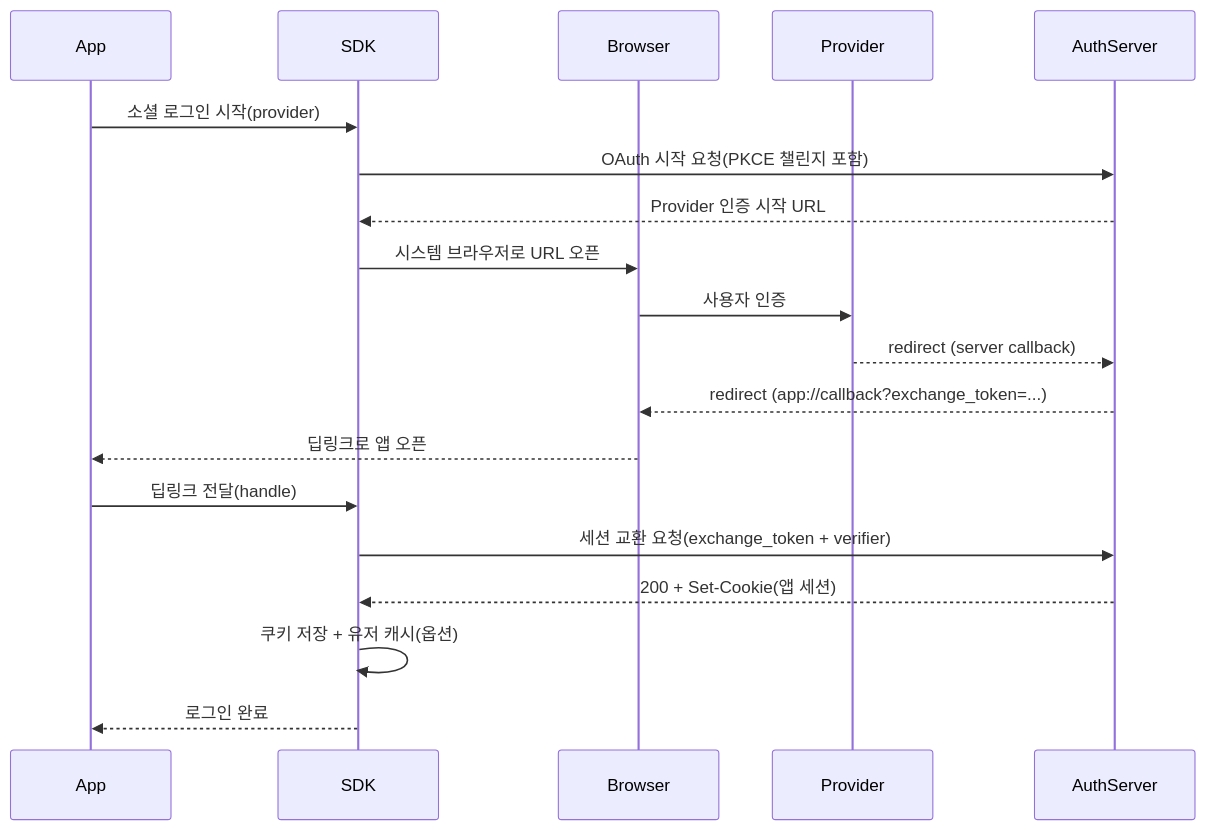
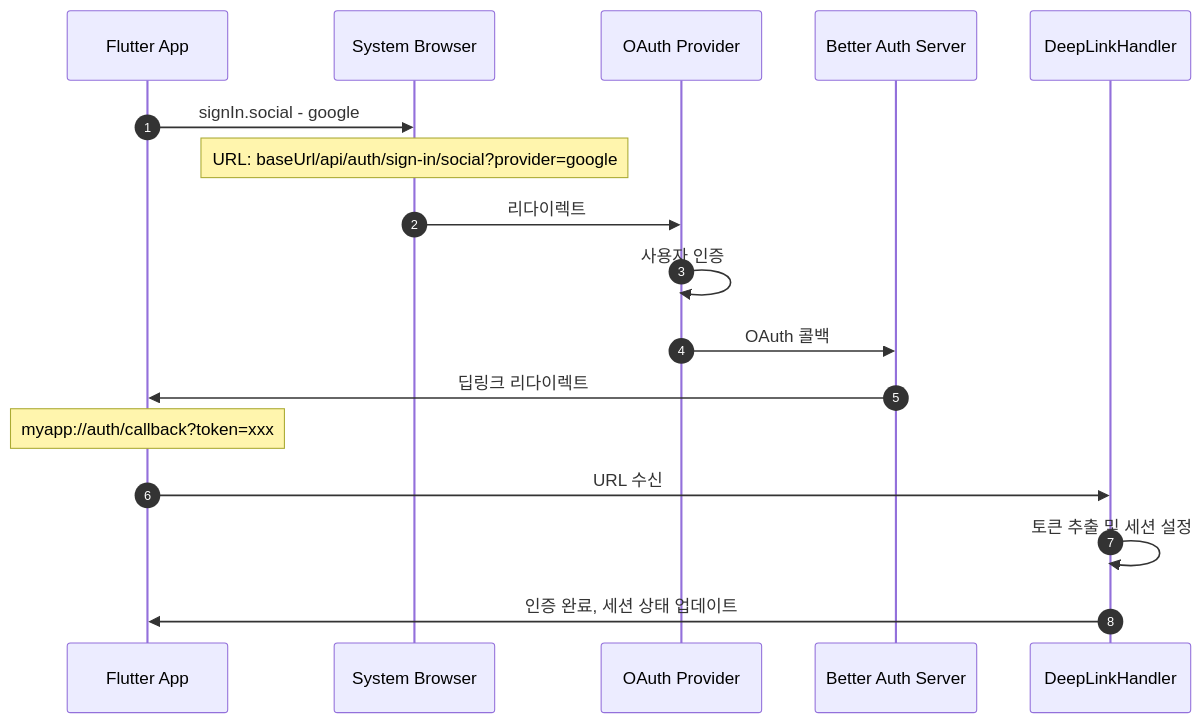
The tenth of 12 diagrams in docs/better-auth-flutter-prd.md (j-token/better-auth-flutter), drawn with Mermaid before and after one commit. The commit also changed other lines of this file, not shown here.

````diff
--- a/docs/better-auth-flutter-prd.md
+++ b/docs/better-auth-flutter-prd.md
@@ -193,22 +613,20 @@
 ```mermaid
 sequenceDiagram
-  participant App
-  participant SDK
-  participant Browser
-  participant Provider
-  participant AuthServer
+    autonumber
+    participant App as Flutter App
+    participant Browser as System Browser
+    participant OAuth as OAuth Provider
+    participant Server as Better Auth Server
+    participant Handler as DeepLinkHandler
 
-  App->>SDK: 소셜 로그인 시작(provider)
-  SDK->>AuthServer: OAuth 시작 요청(PKCE 챌린지 포함)
-  AuthServer-->>SDK: Provider 인증 시작 URL
-  SDK->>Browser: 시스템 브라우저로 URL 오픈
-  Browser->>Provider: 사용자 인증
-  Provider-->>AuthServer: redirect (server callback)
-  AuthServer-->>Browser: redirect (app://callback?exchange_token=...)
-  Browser-->>App: 딥링크로 앱 오픈
-  App->>SDK: 딥링크 전달(handle)
-  SDK->>AuthServer: 세션 교환 요청(exchange_token + verifier)
-  AuthServer-->>SDK: 200 + Set-Cookie(앱 세션)
-  SDK->>SDK: 쿠키 저장 + 유저 캐시(옵션)
-  SDK-->>App: 로그인 완료
+    App->>Browser: signIn.social - google
+    Note over Browser: URL: baseUrl/api/auth/sign-in/social?provider=google
+    Browser->>OAuth: 리다이렉트
+    OAuth->>OAuth: 사용자 인증
+    OAuth->>Server: OAuth 콜백
+    Server->>App: 딥링크 리다이렉트
+    Note over App: myapp://auth/callback?token=xxx
+    App->>Handler: URL 수신
+    Handler->>Handler: 토큰 추출 및 세션 설정
+    Handler->>App: 인증 완료, 세션 상태 업데이트
 ```
````
